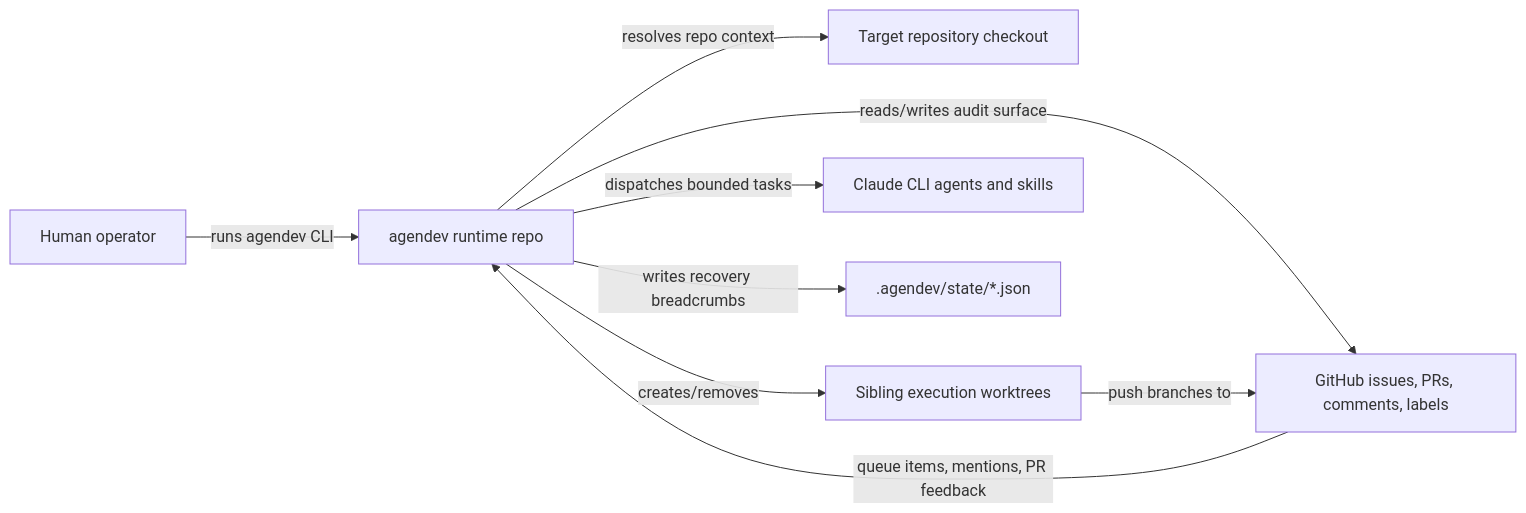
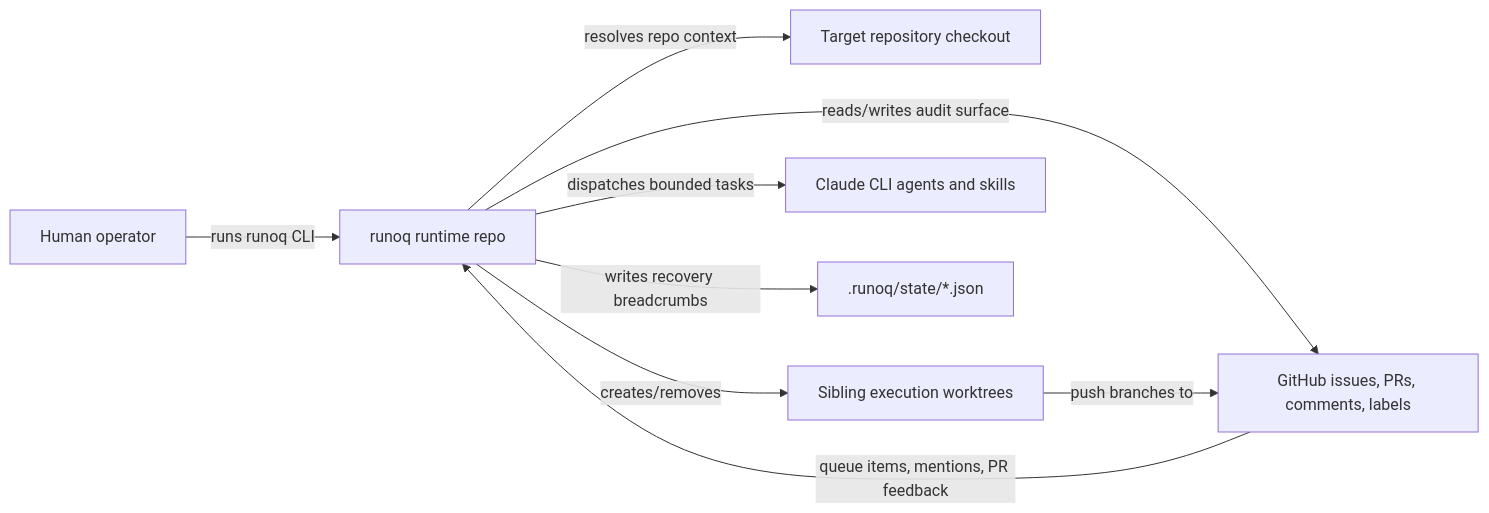
Before and after one commit to morhekil/runoq: the first of 3 diagrams in docs/architecture/overview.md, drawn with Mermaid. The commit also changed other lines of this file and 98 other files, not shown here.

Commit message:
rebranding from agendev to runoq

````diff
--- a/docs/architecture/overview.md
+++ b/docs/architecture/overview.md
@@ -9,19 +9,19 @@
 ```mermaid
 flowchart LR
   operator[Human operator]
-  runtime[agendev runtime repo]
+  runtime[runoq runtime repo]
   target[Target repository checkout]
   worktrees[Sibling execution worktrees]
   github[GitHub issues, PRs, comments, labels]
   claude[Claude CLI agents and skills]
-  state[.agendev/state/*.json]
+  state[.runoq/state/*.json]
 
-  operator -->|runs agendev CLI| runtime
+  operator -->|runs runoq CLI| runtime
   runtime -->|resolves repo context| target
   runtime -->|creates/removes| worktrees
   runtime -->|reads/writes audit surface| github
   runtime -->|dispatches bounded tasks| claude
   runtime -->|writes recovery breadcrumbs| state
   worktrees -->|push branches to| github
   github -->|queue items, mentions, PR feedback| runtime
 ```
````
